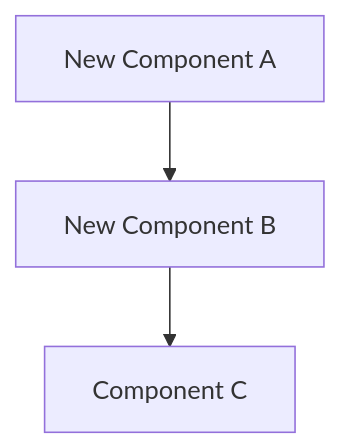
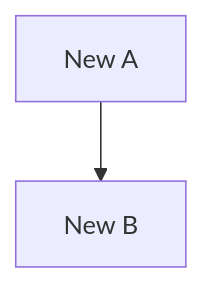
One commit to cuozg/oh-my-skills changed the second of 2 diagrams in skills/unity/unity-refactor/assets/templates/REFACTORING_PLAN.md. Above: the diagram before and after it, drawn with Mermaid. The commit also changed other lines of this file and 144 other files, not shown here.

````diff
--- a/skills/unity/unity-refactor/assets/templates/REFACTORING_PLAN.md
+++ b/skills/unity/unity-refactor/assets/templates/REFACTORING_PLAN.md
@@ -77,5 +50,4 @@
 ```mermaid
 graph TD
-    A[New Component A] --> B[New Component B]
-    B --> C[Component C]
+    A[New A] --> B[New B]
 ```
````
